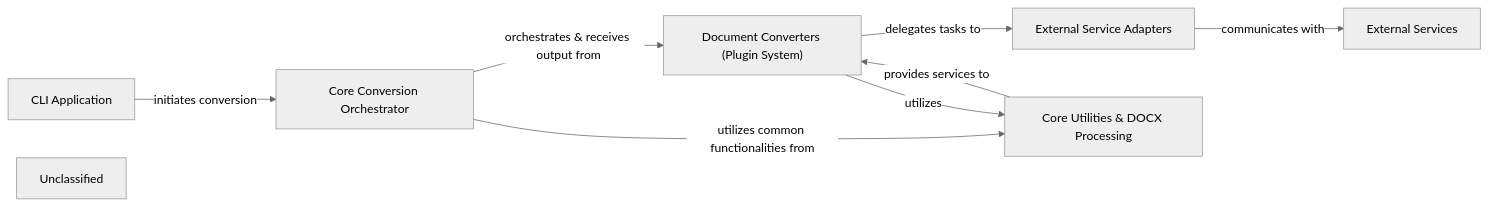
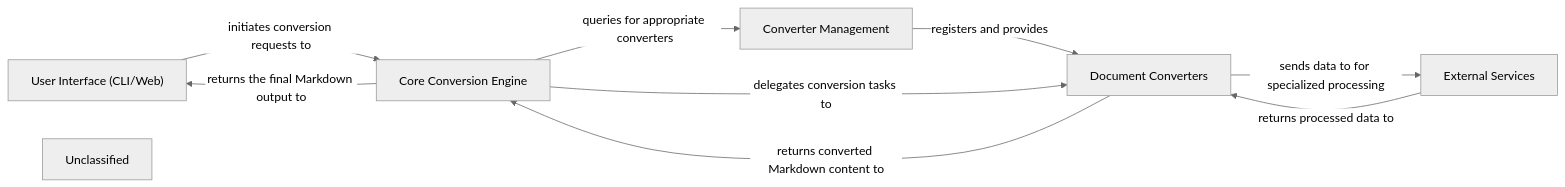
The diagram in markitdown/on_boarding.md (CodeBoarding/GeneratedOnBoardings), drawn with Mermaid (neutral theme) before and after one commit. The commit also changed other lines of this file, not shown here.

````diff
--- a/markitdown/on_boarding.md
+++ b/markitdown/on_boarding.md
@@ -1,17 +1,17 @@
 ```mermaid
 graph LR
-    CLI_Application["CLI Application"]
-    Core_Conversion_Orchestrator["Core Conversion Orchestrator"]
-    Document_Converters_Plugin_System_["Document Converters (Plugin System)"]
-    External_Service_Adapters["External Service Adapters"]
-    Core_Utilities_DOCX_Processing["Core Utilities & DOCX Processing"]
+    User_Interface_CLI_Web_["User Interface (CLI/Web)"]
+    Core_Conversion_Engine["Core Conversion Engine"]
+    Converter_Management["Converter Management"]
+    Document_Converters["Document Converters"]
     External_Services["External Services"]
     Unclassified["Unclassified"]
-    CLI_Application -- "initiates conversion" --> Core_Conversion_Orchestrator
-    Core_Conversion_Orchestrator -- "orchestrates & receives output from" --> Document_Converters_Plugin_System_
-    Core_Conversion_Orchestrator -- "utilizes common functionalities from" --> Core_Utilities_DOCX_Processing
-    Document_Converters_Plugin_System_ -- "utilizes" --> Core_Utilities_DOCX_Processing
-    Document_Converters_Plugin_System_ -- "delegates tasks to" --> External_Service_Adapters
-    External_Service_Adapters -- "communicates with" --> External_Services
-    Core_Utilities_DOCX_Processing -- "provides services to" --> Document_Converters_Plugin_System_
+    User_Interface_CLI_Web_ -- "initiates conversion requests to" --> Core_Conversion_Engine
+    Core_Conversion_Engine -- "queries for appropriate converters" --> Converter_Management
+    Converter_Management -- "registers and provides" --> Document_Converters
+    Core_Conversion_Engine -- "delegates conversion tasks to" --> Document_Converters
+    Document_Converters -- "sends data to for specialized processing" --> External_Services
+    External_Services -- "returns processed data to" --> Document_Converters
+    Document_Converters -- "returns converted Markdown content to" --> Core_Conversion_Engine
+    Core_Conversion_Engine -- "returns the final Markdown output to" --> User_Interface_CLI_Web_
 ```
````
